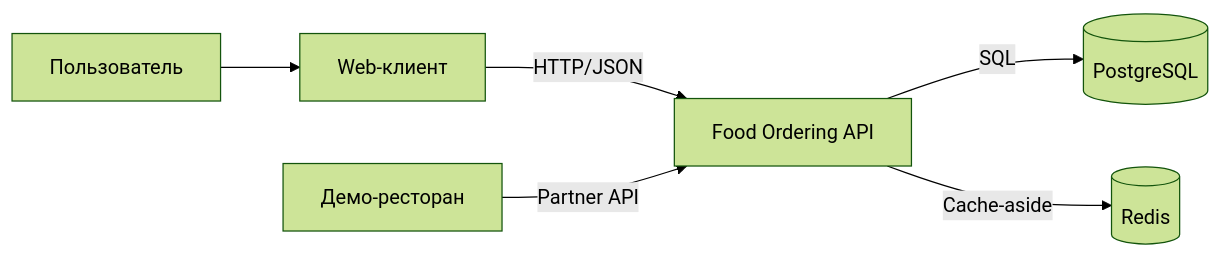
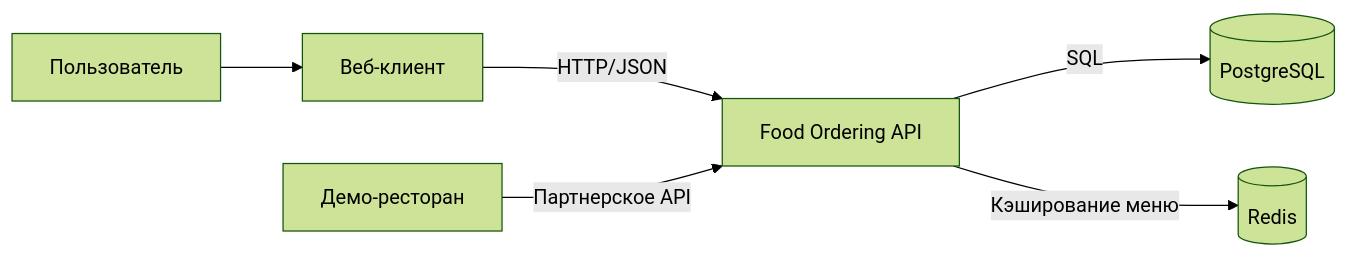
The diagram in README.md (aartchik/food-ordering-api), drawn with Mermaid (forest theme) before and after one commit. The commit also changed other lines of this file, not shown here.

````diff
--- a/README.md
+++ b/README.md
@@ -123,8 +122,8 @@
 ```mermaid
 flowchart LR
-    User[Пользователь] --> Web[Web-клиент]
+    User[Пользователь] --> Web[Веб-клиент]
     Web -->|HTTP/JSON| API[Food Ordering API]
-    Restaurant[Демо-ресторан] -->|Partner API| API
+    Restaurant[Демо-ресторан] -->|Партнерское API| API
     API -->|SQL| PostgreSQL[(PostgreSQL)]
-    API -->|Cache-aside| Redis[(Redis)]
+    API -->|Кэширование меню| Redis[(Redis)]
 ```
````
